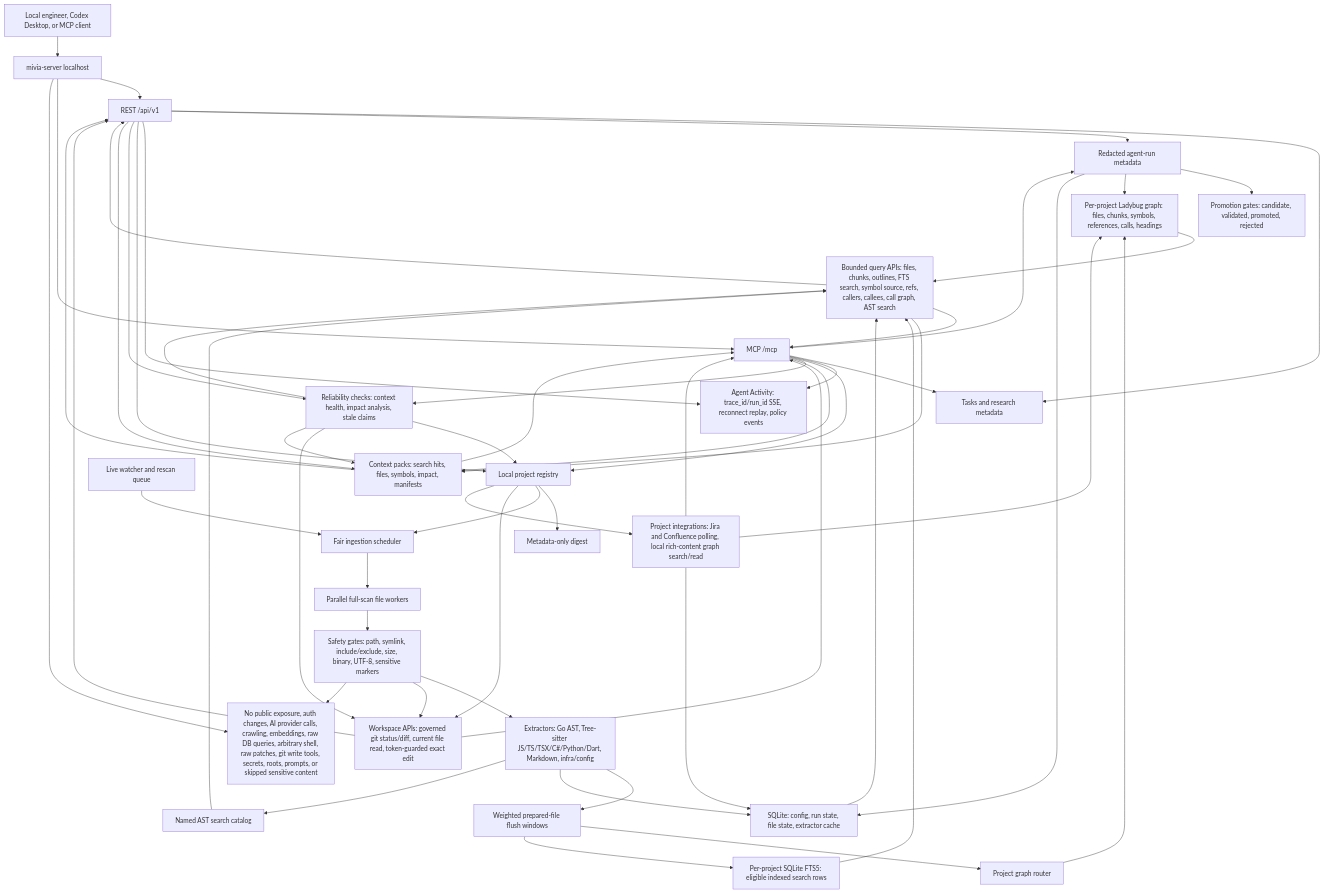
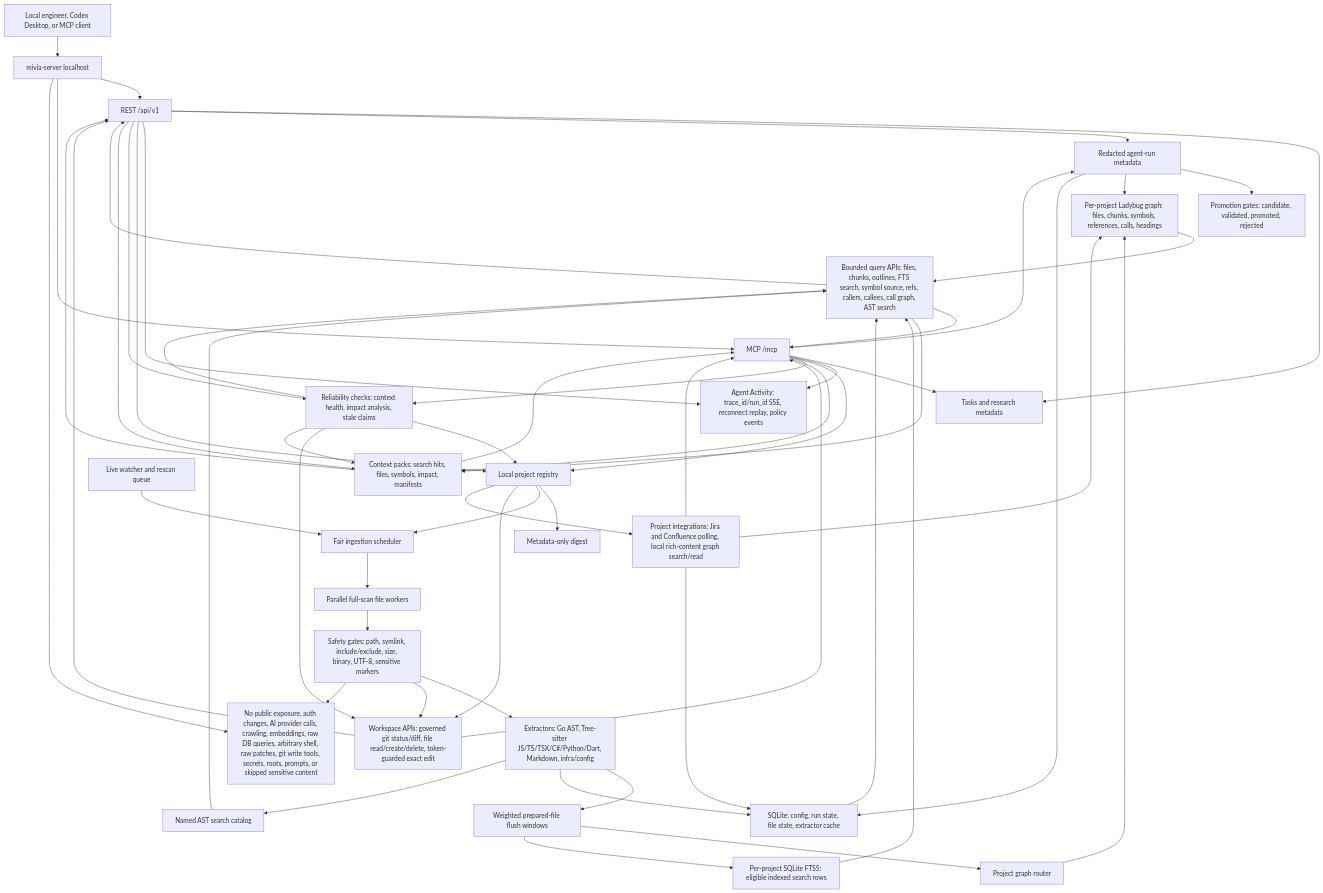
Before and after one commit to MiviaLabs/go-mivia: the first of 4 diagrams in README.md, drawn with Mermaid. The commit also changed other lines of this file and 16 other files, not shown here.

Commit message:
feat(mcp): add workspace file create and delete

```diff
--- a/README.md
+++ b/README.md
@@ -46,7 +46,7 @@
   FTS["Per-project SQLite FTS5: eligible indexed search rows"]
   AST["Named AST search catalog"]
   Queries["Bounded query APIs: files, chunks, outlines, FTS search, symbol source, refs, callers, callees, call graph, AST search"]
-  Workspace["Workspace APIs: governed git status/diff, current file read, token-guarded exact edit"]
+  Workspace["Workspace APIs: governed git status/diff, file read/create/delete, token-guarded exact edit"]
   Integrations["Project integrations: Jira and Confluence polling, local rich-content graph search/read"]
   Boundaries["No public exposure, auth changes, AI provider calls, crawling, embeddings, raw DB queries, arbitrary shell, raw patches, git write tools, secrets, roots, prompts, or skipped sensitive content"]
 
```
